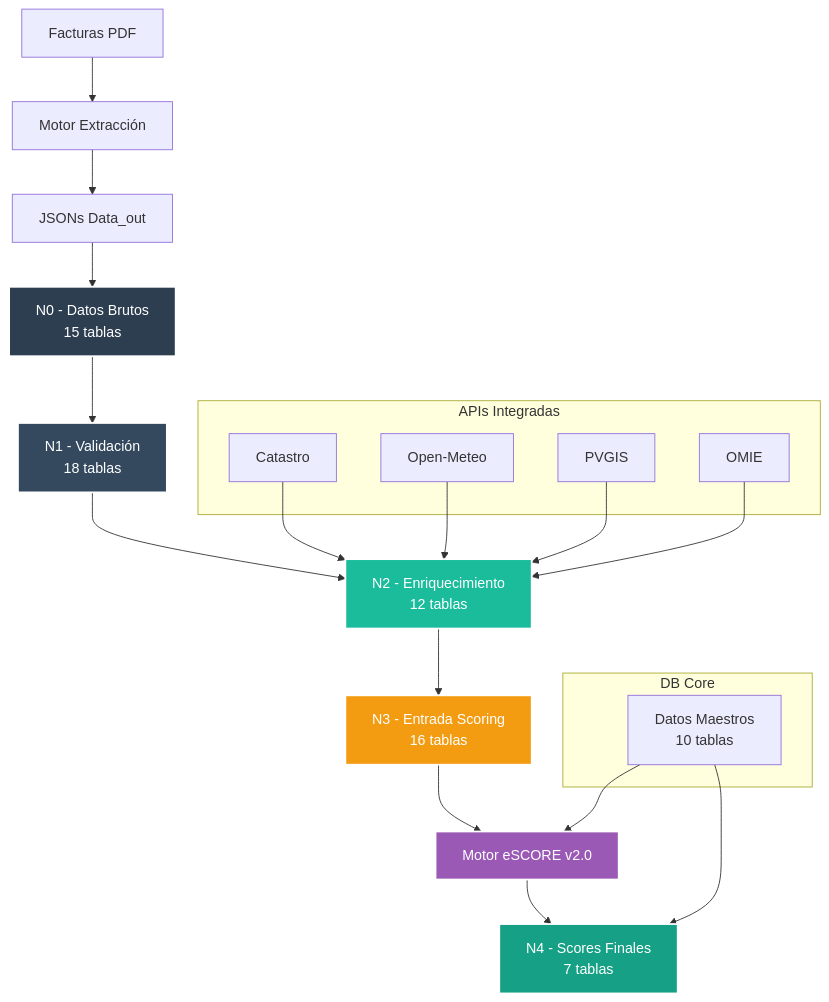
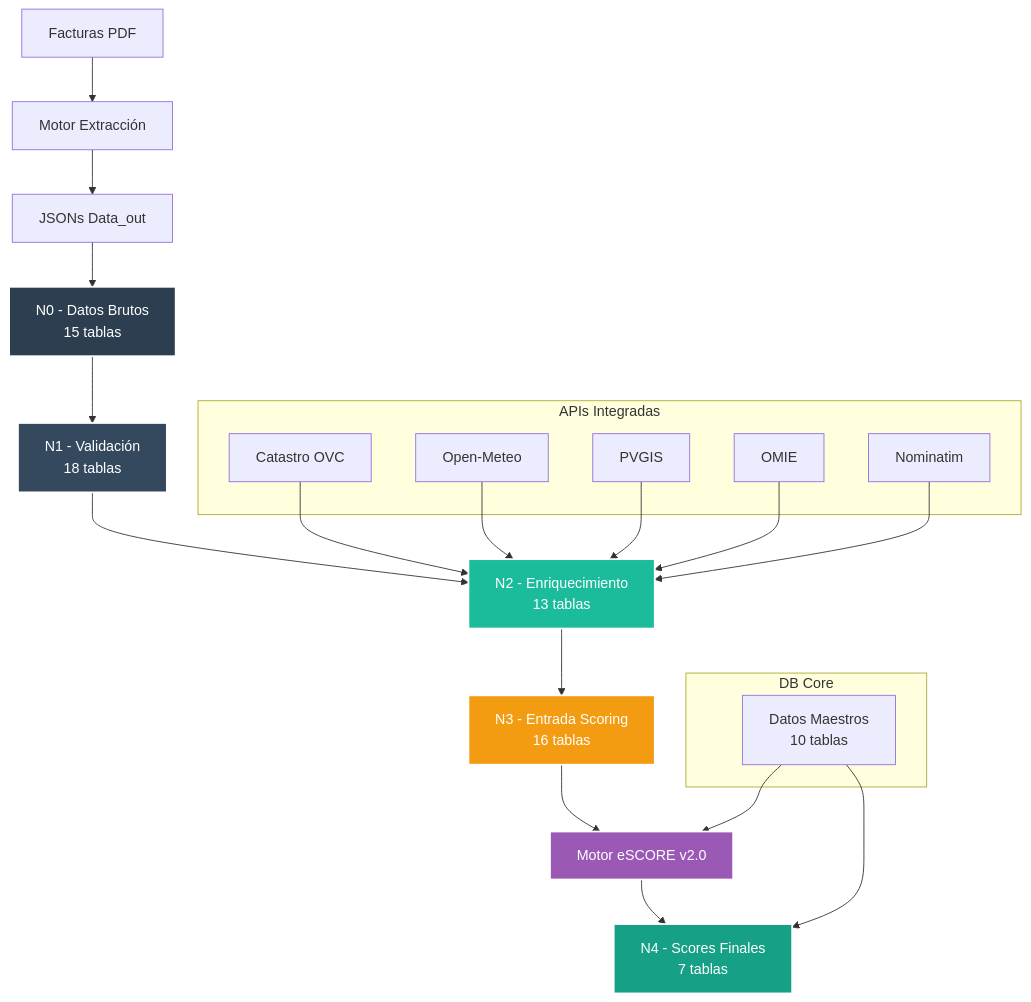
Before and after one commit to EGD2024/db-watioverse: the second of 2 diagrams in README.md, drawn with Mermaid. The commit also changed other lines of this file and 14 other files, not shown here.

````diff
--- a/README.md
+++ b/README.md
@@ -239,36 +241,38 @@
 ```mermaid
 graph TD
     A[Facturas PDF] --> B[Motor Extracción]
     B --> C[JSONs Data_out]
     C --> D[N0 - Datos Brutos<br/>15 tablas]
     D --> E[N1 - Validación<br/>18 tablas]
-    E --> F[N2 - Enriquecimiento<br/>12 tablas]
+    E --> F[N2 - Enriquecimiento<br/>13 tablas]
     F --> G[N3 - Entrada Scoring<br/>16 tablas]
     G --> H[Motor eSCORE v2.0]
     H --> I[N4 - Scores Finales<br/>7 tablas]
     
     subgraph "APIs Integradas"
-        J[Catastro]
+        J[Catastro OVC]
         K[Open-Meteo]
         L[PVGIS]
         M[OMIE]
+        N[Nominatim]
     end
     
     subgraph "DB Core"
         CORE[Datos Maestros<br/>10 tablas]
     end
     
     J --> F
     K --> F
     L --> F
     M --> F
+    N --> F
     CORE --> H
     CORE --> I
     
     style D fill:#2C3E50,stroke:#ffffff,stroke-width:2px,color:#ffffff
     style E fill:#34495E,stroke:#ffffff,stroke-width:2px,color:#ffffff
     style F fill:#1ABC9C,stroke:#ffffff,stroke-width:2px,color:#ffffff
     style G fill:#F39C12,stroke:#ffffff,stroke-width:2px,color:#ffffff
     style H fill:#9B59B6,stroke:#ffffff,stroke-width:2px,color:#ffffff
     style I fill:#16A085,stroke:#ffffff,stroke-width:2px,color:#ffffff
 ```
````
